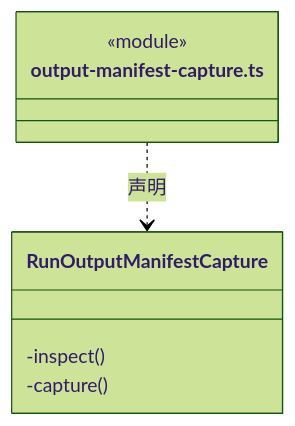
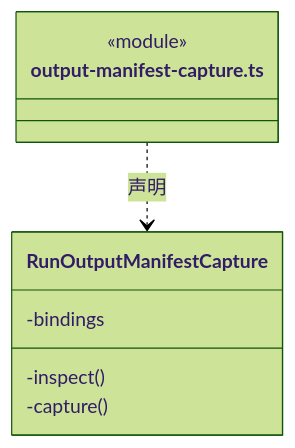
Before and after one commit to nan023062/cbim: the sixth of 18 diagrams in src/logic/execution/rules/capabilities/ARCHITECTURE.md, drawn with Mermaid (forest theme). The commit also changed other lines of this file and 139 other files, not shown here.

Commit message:
docs(architecture): add source reading paths and complete file inventories

````diff
--- a/src/logic/execution/rules/capabilities/ARCHITECTURE.md
+++ b/src/logic/execution/rules/capabilities/ARCHITECTURE.md
@@ -157,11 +163,12 @@
 ```mermaid
 classDiagram
 class N_src_logic_execution_rules_capabilities_output_manifest_capture_ts["output-manifest-capture.ts"] {
   <<module>>
 }
 class N_src_logic_execution_rules_capabilities_output_manifest_capture_ts_RunOutputManifestCapture["RunOutputManifestCapture"] {
+  -bindings
   -inspect()
   -capture()
 }
 N_src_logic_execution_rules_capabilities_output_manifest_capture_ts ..> N_src_logic_execution_rules_capabilities_output_manifest_capture_ts_RunOutputManifestCapture : 声明
 ```
````
